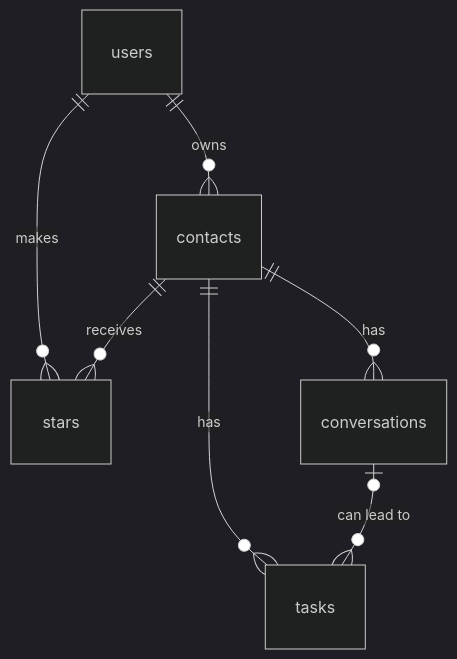
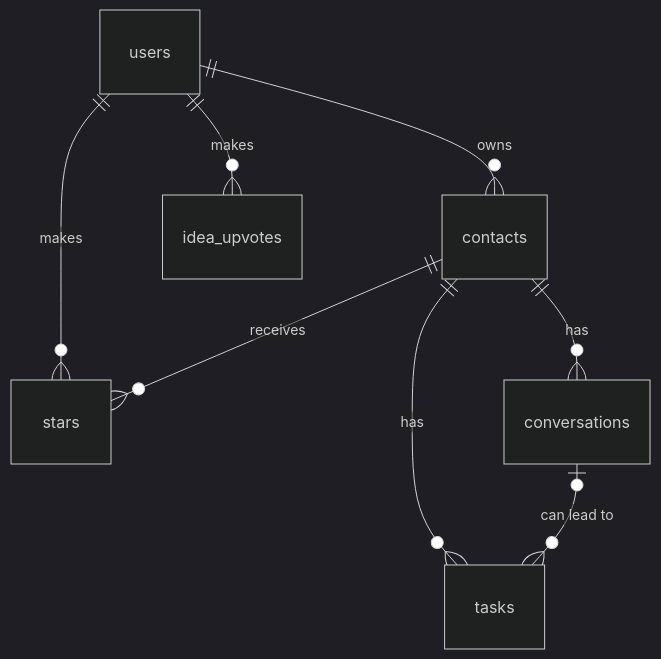
One commit to k-kilambi/networking-tracker changed the diagram in schema.md. Above: the diagram before and after it, drawn with Mermaid (dark theme). The commit also changed other lines of this file and 6 other files, not shown here.

````diff
--- a/schema.md
+++ b/schema.md
@@ -77,9 +90,10 @@
 ```mermaid
 erDiagram
     users ||--o{ contacts : owns
     users ||--o{ stars : makes
+    users ||--o{ idea_upvotes : makes
     contacts ||--o{ stars : receives
     contacts ||--o{ conversations : has
     contacts ||--o{ tasks : has
     conversations |o--o{ tasks : "can lead to"
 ```
````
